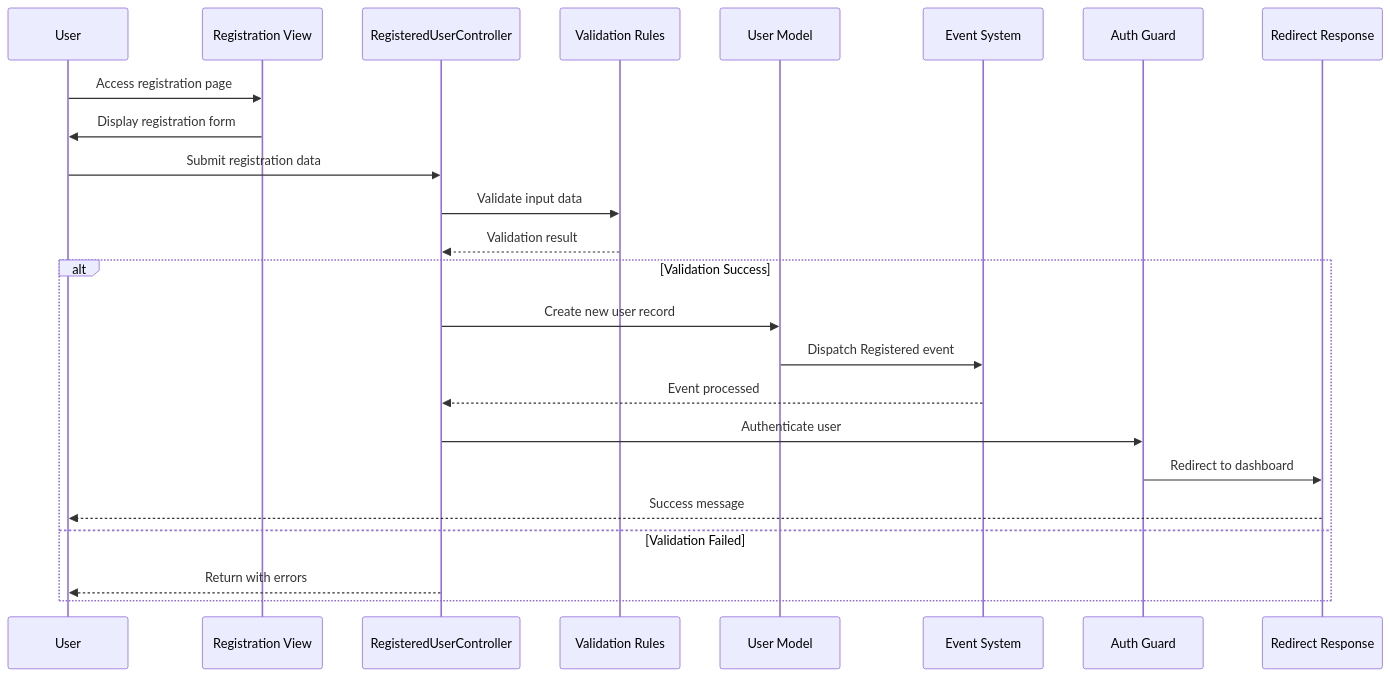
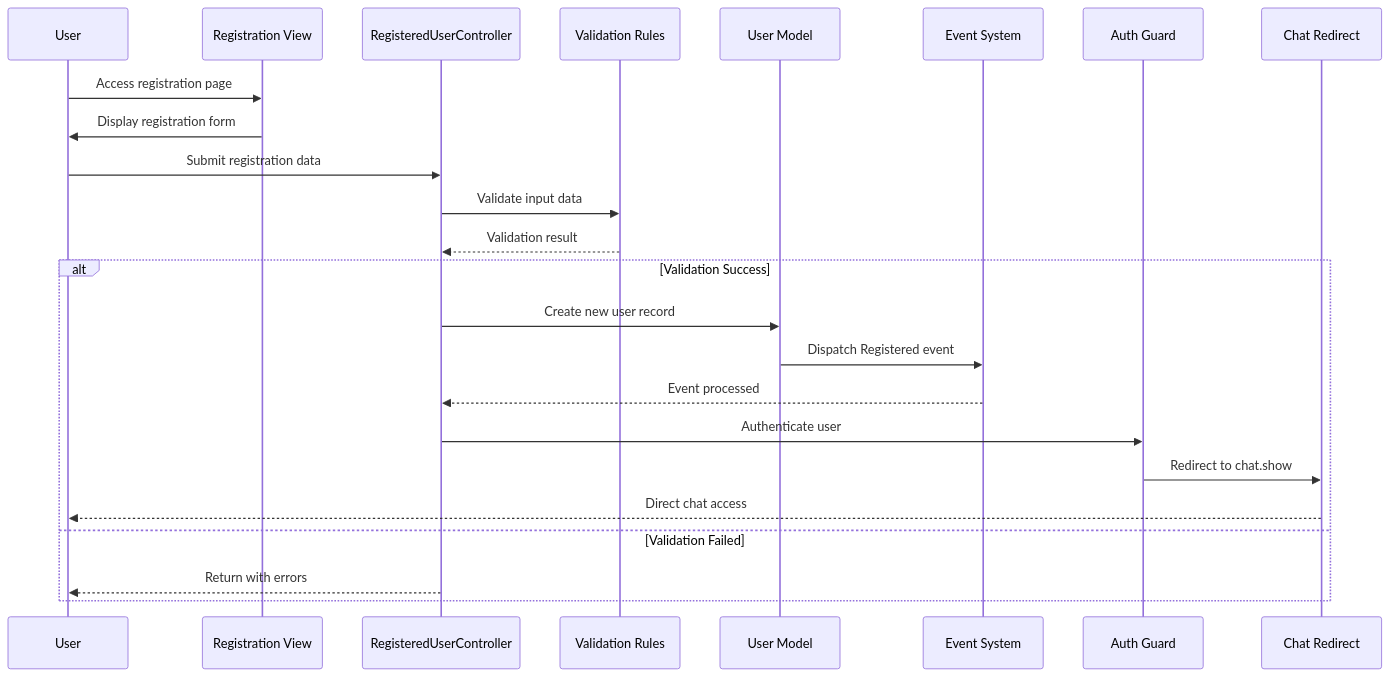
One commit to siimliimand/laravel-assistant changed the third of 8 diagrams in .qoder/repowiki/en/content/Laravel Application Components/Authentication System.md. Above: the diagram before and after it, drawn with Mermaid. The commit also changed other lines of this file and 5 other files, not shown here.

First line of the commit message:
feat(auth): integrate comprehensive user authentication and ownership validation

````diff
--- a/.qoder/repowiki/en/content/Laravel Application Components/Authentication System.md
+++ b/.qoder/repowiki/en/content/Laravel Application Components/Authentication System.md
@@ -159,26 +180,26 @@
 ```mermaid
 sequenceDiagram
 participant User as User
 participant RegisterView as Registration View
 participant RegisterController as RegisteredUserController
 participant Validator as Validation Rules
 participant UserModel as User Model
 participant EventDispatcher as Event System
 participant AuthGuard as Auth Guard
-participant Redirect as Redirect Response
+participant ChatRedirect as Chat Redirect
 User->>RegisterView : Access registration page
 RegisterView->>User : Display registration form
 User->>RegisterController : Submit registration data
 RegisterController->>Validator : Validate input data
 Validator-->>RegisterController : Validation result
 alt Validation Success
 RegisterController->>UserModel : Create new user record
 UserModel->>EventDispatcher : Dispatch Registered event
 EventDispatcher-->>RegisterController : Event processed
 RegisterController->>AuthGuard : Authenticate user
-AuthGuard->>Redirect : Redirect to dashboard
-Redirect-->>User : Success message
+AuthGuard->>ChatRedirect : Redirect to chat.show
+ChatRedirect-->>User : Direct chat access
 else Validation Failed
 RegisterController-->>User : Return with errors
 end
 ```
````
